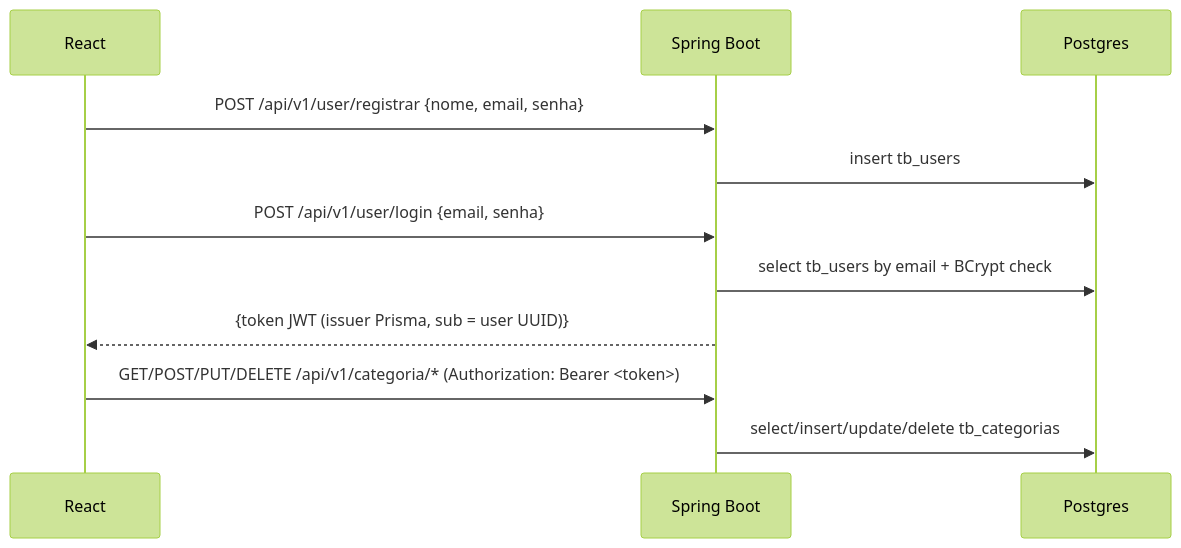
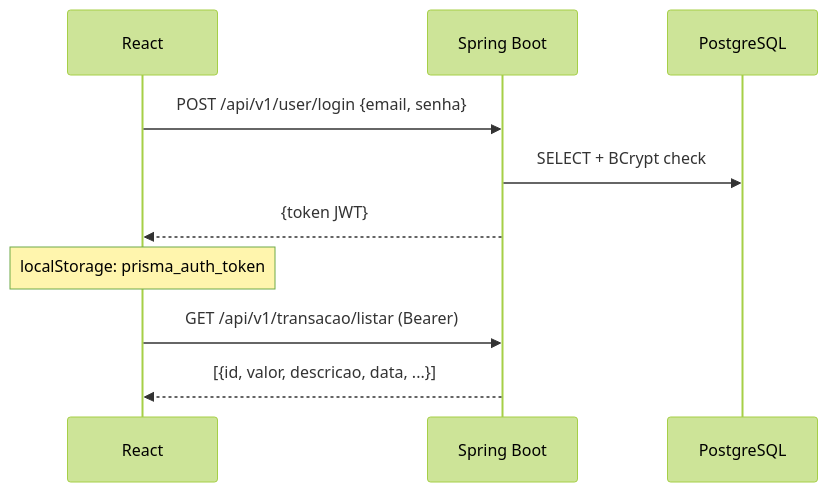
The second of 3 diagrams in README.md (Kaueroch/Prisma), drawn with Mermaid (forest theme) before and after one commit. The commit also changed other lines of this file and 13 other files, not shown here.

````diff
--- a/README.md
+++ b/README.md
@@ -67,13 +105,12 @@
 ```mermaid
 sequenceDiagram
   participant UI as React
   participant API as Spring Boot
-  participant DB as Postgres
-  UI->>API: POST /api/v1/user/registrar {nome, email, senha}
-  API->>DB: insert tb_users
+  participant DB as PostgreSQL
   UI->>API: POST /api/v1/user/login {email, senha}
-  API->>DB: select tb_users by email + BCrypt check
-  API-->>UI: {token JWT (issuer Prisma, sub = user UUID)}
-  UI->>API: GET/POST/PUT/DELETE /api/v1/categoria/* (Authorization: Bearer <token>)
-  API->>DB: select/insert/update/delete tb_categorias
+  API->>DB: SELECT + BCrypt check
+  API-->>UI: {token JWT}
+  Note over UI: localStorage: prisma_auth_token
+  UI->>API: GET /api/v1/transacao/listar (Bearer)
+  API-->>UI: [{id, valor, descricao, data, ...}]
 ```
````
